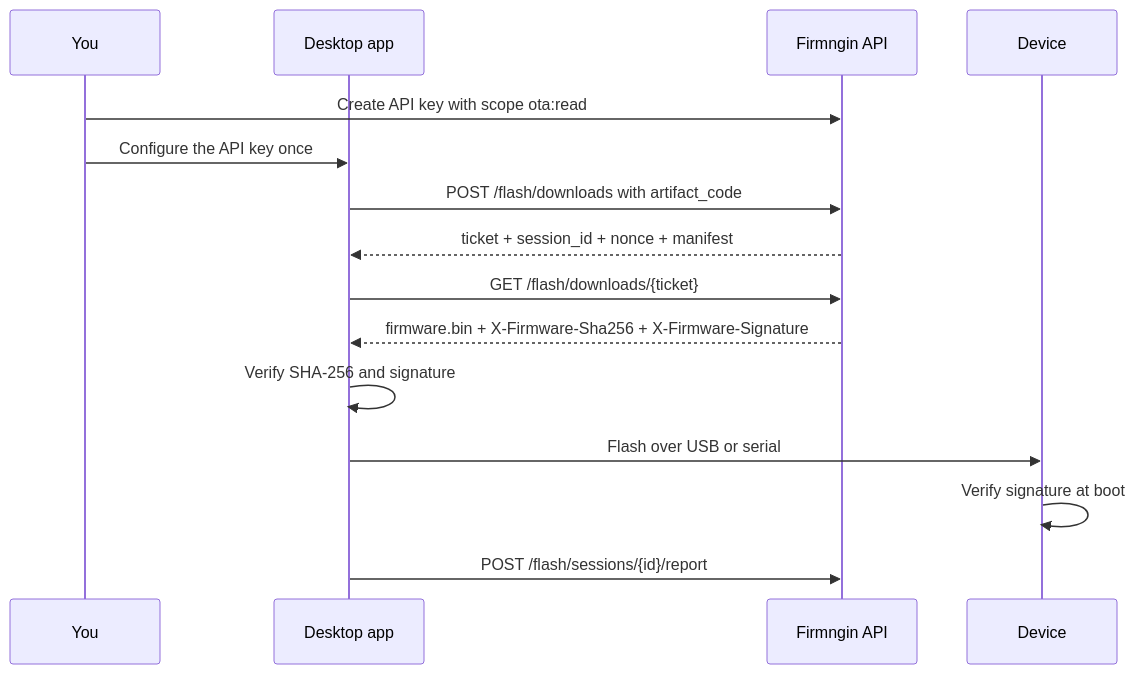
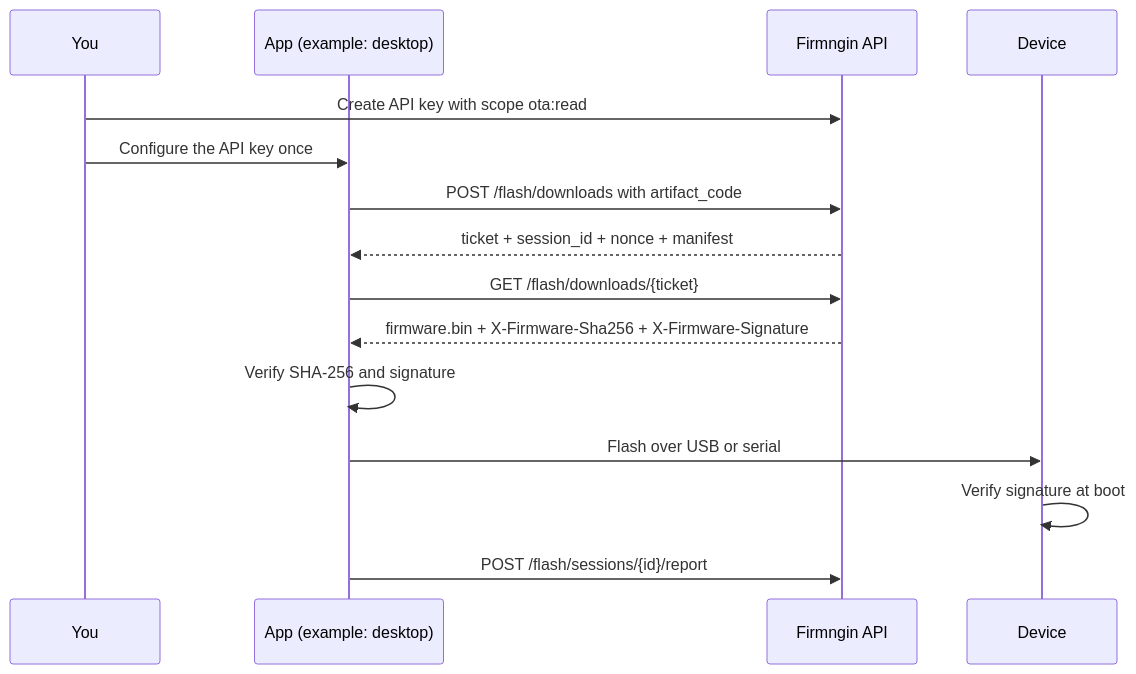
One commit to firmngin/docs changed the first of 2 diagrams in local-flash/overview.mdx. Above: the diagram before and after it, drawn with Mermaid. The commit also changed other lines of this file and 3 other files, not shown here.

````diff
--- a/local-flash/overview.mdx
+++ b/local-flash/overview.mdx
@@ -16,18 +18,18 @@
 ```mermaid actions={false}
 sequenceDiagram
   participant You
-  participant App as Desktop app
+  participant App as App (example: desktop)
   participant API as Firmngin API
   participant Device
 
   You->>API: Create API key with scope ota:read
   You->>App: Configure the API key once
   App->>API: POST /flash/downloads with artifact_code
   API-->>App: ticket + session_id + nonce + manifest
   App->>API: GET /flash/downloads/{ticket}
   API-->>App: firmware.bin + X-Firmware-Sha256 + X-Firmware-Signature
   App->>App: Verify SHA-256 and signature
   App->>Device: Flash over USB or serial
   Device->>Device: Verify signature at boot
   App->>API: POST /flash/sessions/{id}/report
 ```
````
